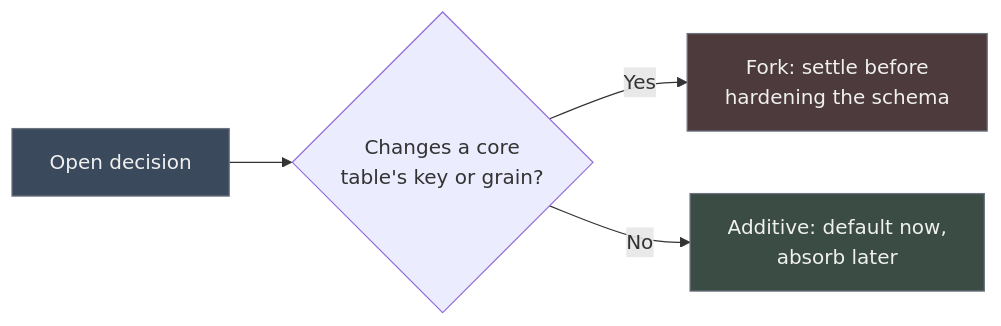
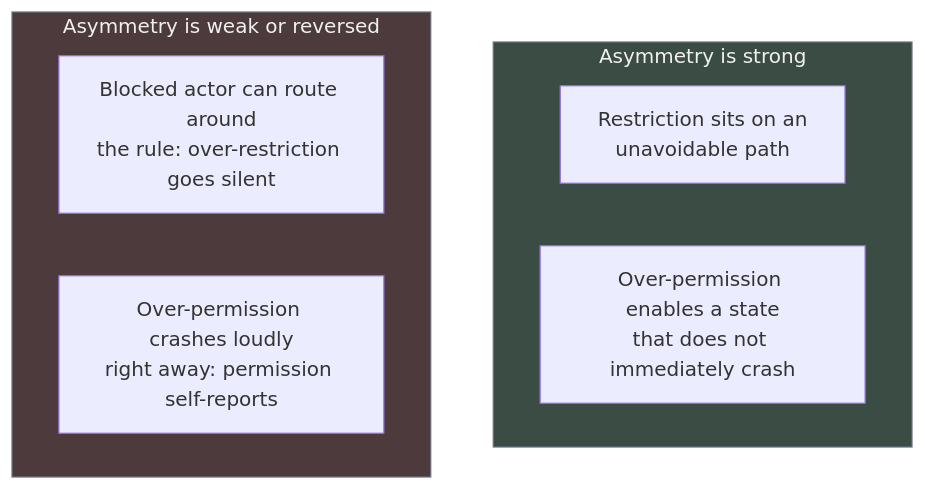
Before and after one commit to blackwell-systems/blog: the diagram in content/posts/falsifiability-asymmetry.md, drawn with Mermaid. The commit also changed other lines of this file, not shown here.

Commit message:
post: strengthen the falsifiability asymmetry (add evidence, boundary conditions, and cost)

```diff
--- a/content/posts/falsifiability-asymmetry.md
+++ b/content/posts/falsifiability-asymmetry.md
@@ -131,10 +108,15 @@
 {{< mermaid >}}
-flowchart LR
-    d[Open decision] --> q{Changes a core<br/>table's key or grain?}
-    q -->|Yes| f[Fork: settle before<br/>hardening the schema]
-    q -->|No| a[Additive: default now,<br/>absorb later]
+flowchart TB
+    subgraph holds["Asymmetry is strong"]
+        h1[Restriction sits on an<br/>unavoidable path]
+        h2[Over-permission enables a state<br/>that does not immediately crash]
+    end
 
-    style d fill:#3A4A5C,stroke:#6b7280,color:#f0f0f0
-    style f fill:#4C3A3C,stroke:#6b7280,color:#f0f0f0
-    style a fill:#3A4C43,stroke:#6b7280,color:#f0f0f0
+    subgraph weak["Asymmetry is weak or reversed"]
+        w1[Blocked actor can route around<br/>the rule: over-restriction goes silent]
+        w2[Over-permission crashes loudly<br/>right away: permission self-reports]
+    end
+
+    style holds fill:#3A4C43,stroke:#6b7280,color:#f0f0f0
+    style weak fill:#4C3A3C,stroke:#6b7280,color:#f0f0f0
 {{< /mermaid >}}
```
